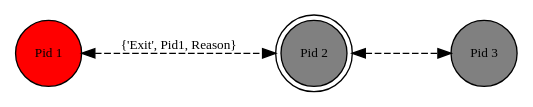
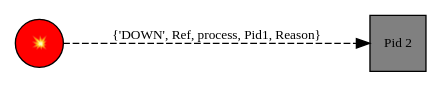
One commit to mtrsk/mtrsk.github.io changed the seventh of 7 diagrams in notes/20241001192402-error_handling_in_erlang.org. Above: the diagram before and after it, drawn with Graphviz. The commit also changed other lines of this file and 11 other files, not shown here.

Commit message:
notes: add graphviz-based images

```diff
--- a/notes/20241001192402-error_handling_in_erlang.org
+++ b/notes/20241001192402-error_handling_in_erlang.org
@@ -97,15 +242,12 @@
-#+BEGIN_SRC dot :file ../static/img/notes/erlang_error_propagation.png :cmdline -Kdot -Tpng :exports results
-  digraph Trapping {
+#+BEGIN_SRC dot :file ../static/img/notes/erlang_monitor_error.png :cmdline -Kdot -Tpng :exports results
+  digraph Monitor {
       node [shape=circle];
       rankdir="LR";
       sep = 1;
 
-      pid1 [label="Pid 1", fontsize="10pt", style=filled, fillcolor=red];
-      pid2 [label="Pid 2", fontsize="10pt", style=filled, fillcolor=grey; shape=doublecircle];
-      pid3 [label="Pid 3", fontsize="10pt", style=filled, fillcolor=grey];
+      pid1 [label="💥", fontsize="10pt", style=filled, fillcolor=red];
+      pid2 [label="Pid 2", fontsize="10pt", style=filled, fillcolor=grey, shape=square];
 
-
-      pid1 -> pid2 [label="{'Exit', Pid1, Reason}", dir=both, fontsize="10pt", minlen=1, style=dashed];
-      pid2 -> pid3 [dir=both, fontsize="10pt", minlen=2, style=dashed];
+      pid1 -> pid2 [label="{'DOWN', Ref, process, Pid1, Reason}", fontsize="10pt", minlen=1, style=dashed];
   }
 #+END_SRC
```
